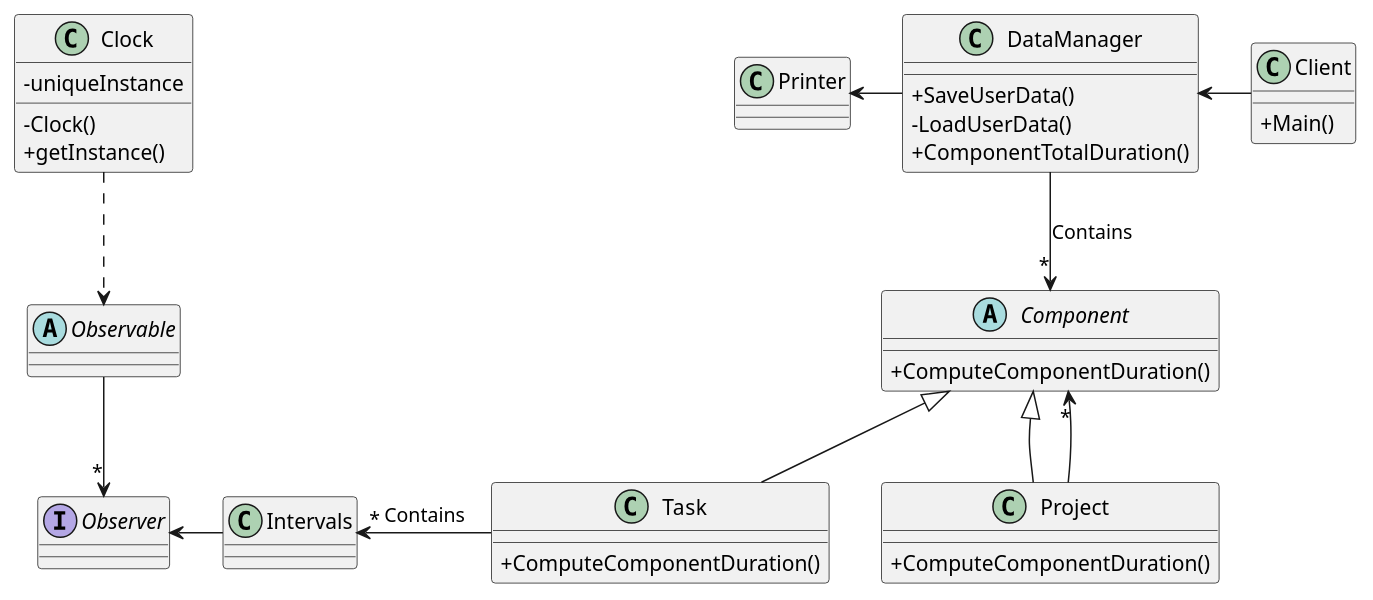
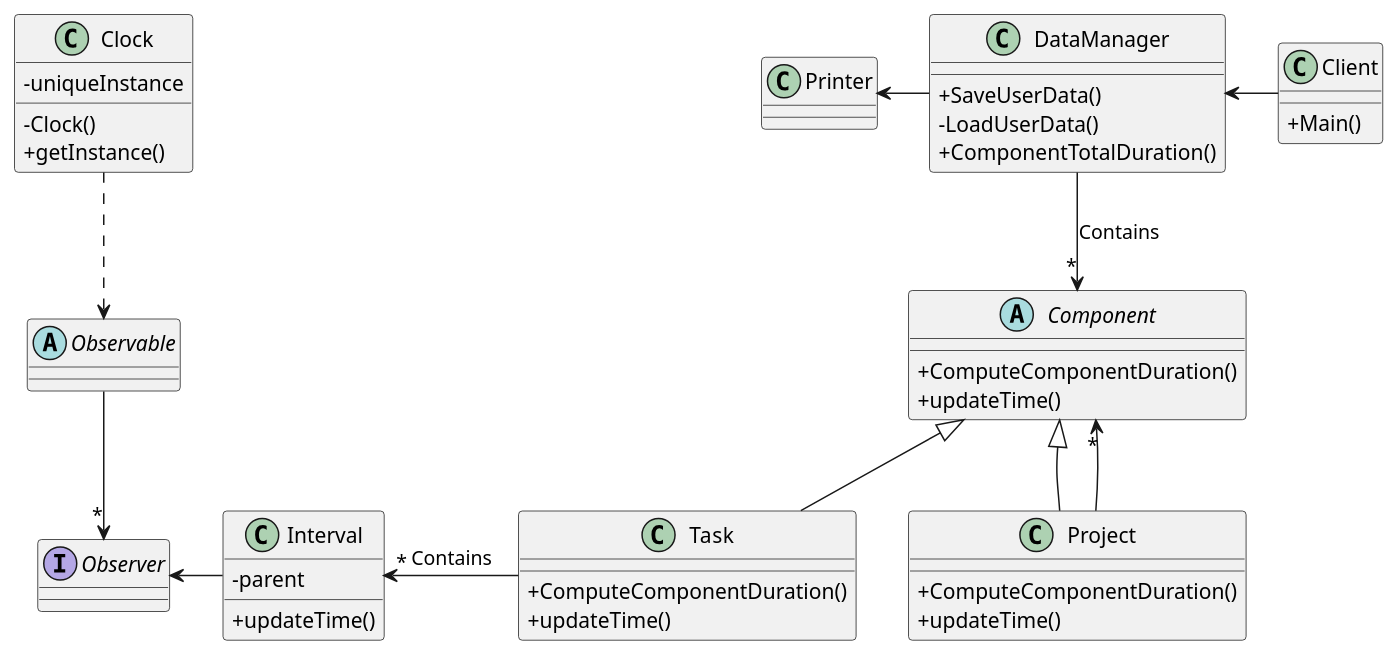
The diagram in DSTimeTracker.puml (quimcamprubi/DS_Time_Tracker), drawn with PlantUML before and after one commit.

Commit message:
Added update methods

```diff
--- a/DSTimeTracker.puml
+++ b/DSTimeTracker.puml
@@ -1,57 +1,62 @@
 @startuml 
 
 skinparam classAttributeIconSize 0
 skinparam linetype polyline
 
 abstract class Component {
 + ComputeComponentDuration()
++ updateTime()
 }
 
 class Project extends Component {
 + ComputeComponentDuration()
++ updateTime()
 }
 
 
 class Task extends Component {
 + ComputeComponentDuration()
++ updateTime()
 }
 
-class Intervals {
+class Interval {
+- parent
++ updateTime()
 }
 
 Interface Observer{
 }
 
 abstract class Observable {
 }
 
 class Clock {
 - uniqueInstance
 - Clock()
 + getInstance()
 }
 
 class Client{
 + Main()
 }
 
 class DataManager{  
 + SaveUserData()
 - LoadUserData()
 + ComponentTotalDuration()
 }
 
 Class Printer{
 }
 
 DataManager -down-> "*" Component: Contains
 Project --> "*" Component
 Client -left-> DataManager
-Task -left-> "*" Intervals:Contains
+Task -left-> "*" Interval:Contains
 Clock .down.> Observable
 Observable -Down-> "*" Observer
-Intervals -left-> Observer
+Interval -left-> Observer
 DataManager -left-> Printer
 Task -[hidden]right-> Project
 
 @enduml
```
